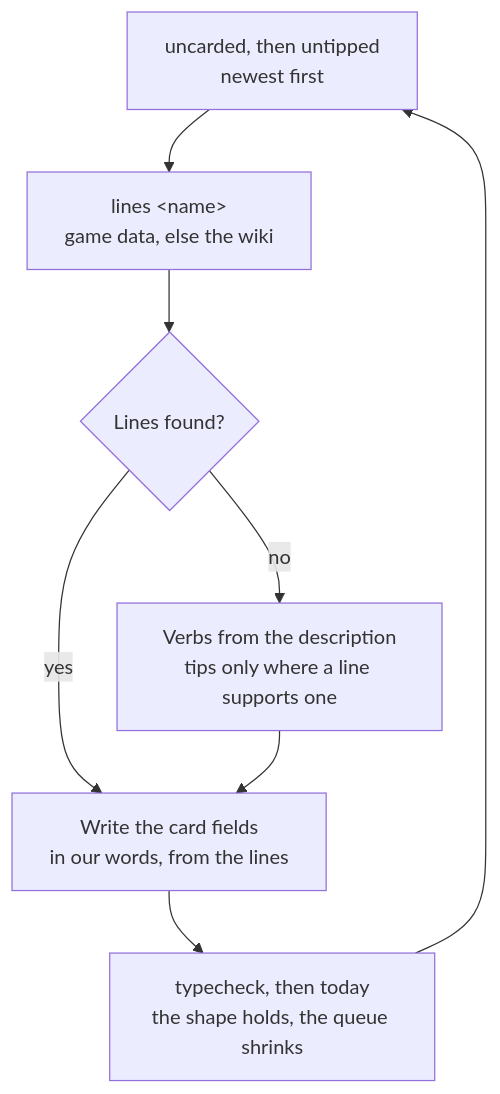
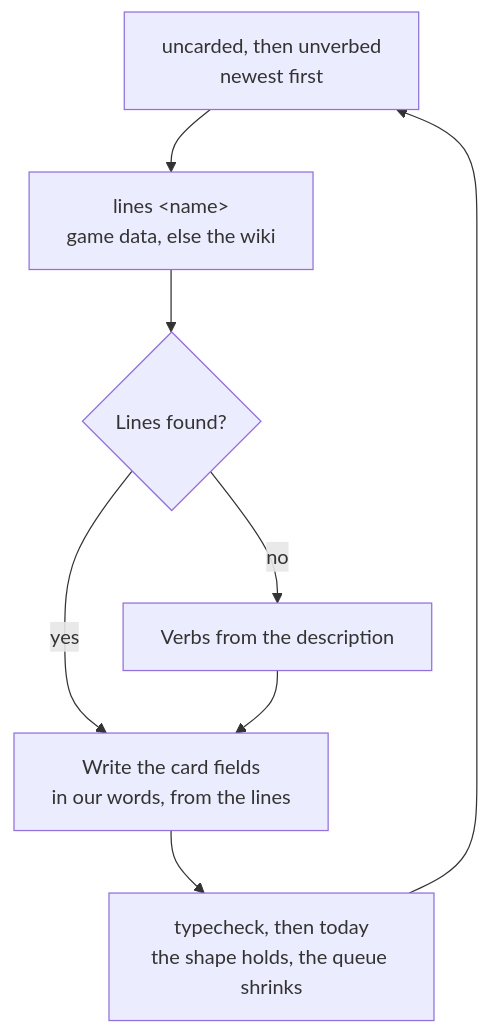
Before and after one commit to Esposter/Esposter: the diagram in packages/genshin-persona/skills/genshin-author/SKILL.md, drawn with Mermaid. The commit also changed other lines of this file and 18 other files, not shown here.

````diff
--- a/packages/genshin-persona/skills/genshin-author/SKILL.md
+++ b/packages/genshin-persona/skills/genshin-author/SKILL.md
@@ -86,14 +84,14 @@
 ```mermaid
 flowchart TD
-    Queue["uncarded, then untipped<br/>newest first"]
+    Queue["uncarded, then unverbed<br/>newest first"]
     Lines["lines &lt;name&gt;<br/>game data, else the wiki"]
     Found{Lines found?}
     Author["Write the card fields<br/>in our words, from the lines"]
-    Thin["Verbs from the description<br/>tips only where a line supports one"]
+    Thin["Verbs from the description"]
     Check["typecheck, then today<br/>the shape holds, the queue shrinks"]
 
     Queue --> Lines --> Found
     Found -- yes --> Author
     Found -- no --> Thin --> Author
     Author --> Check --> Queue
 ```
````
